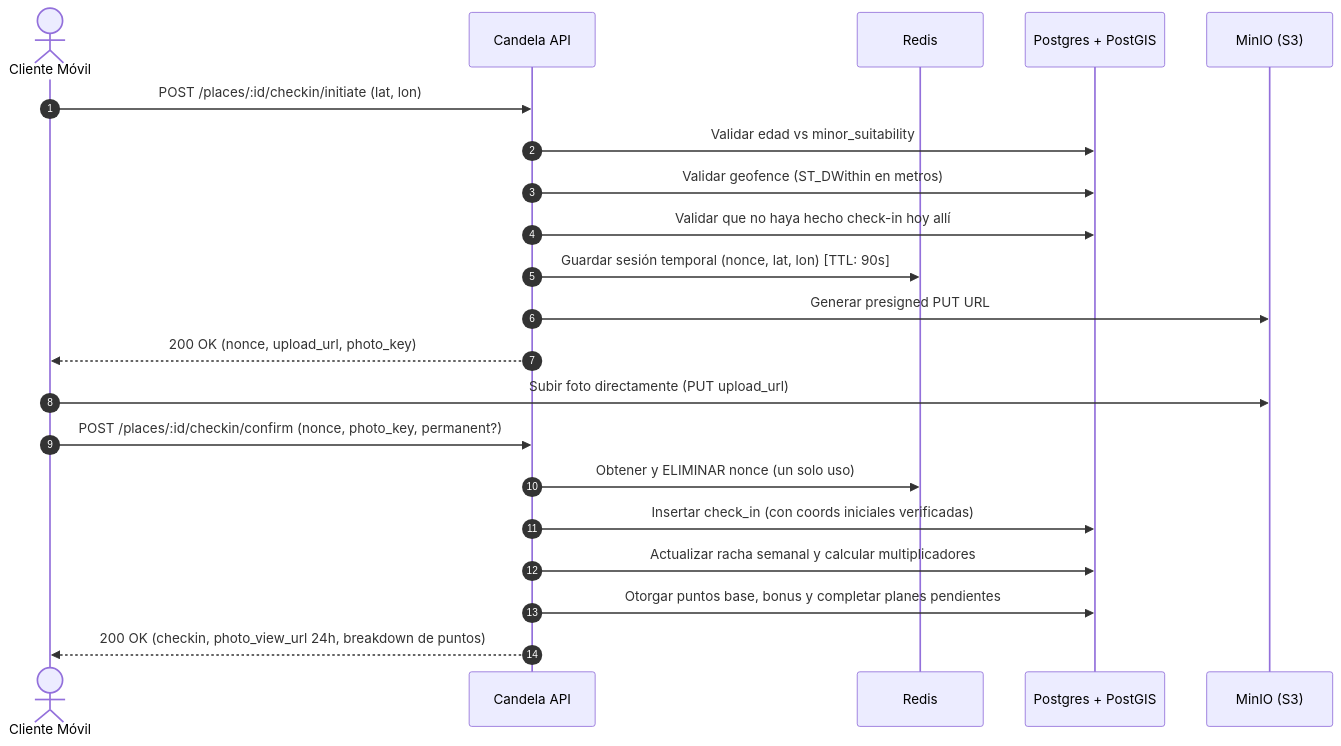
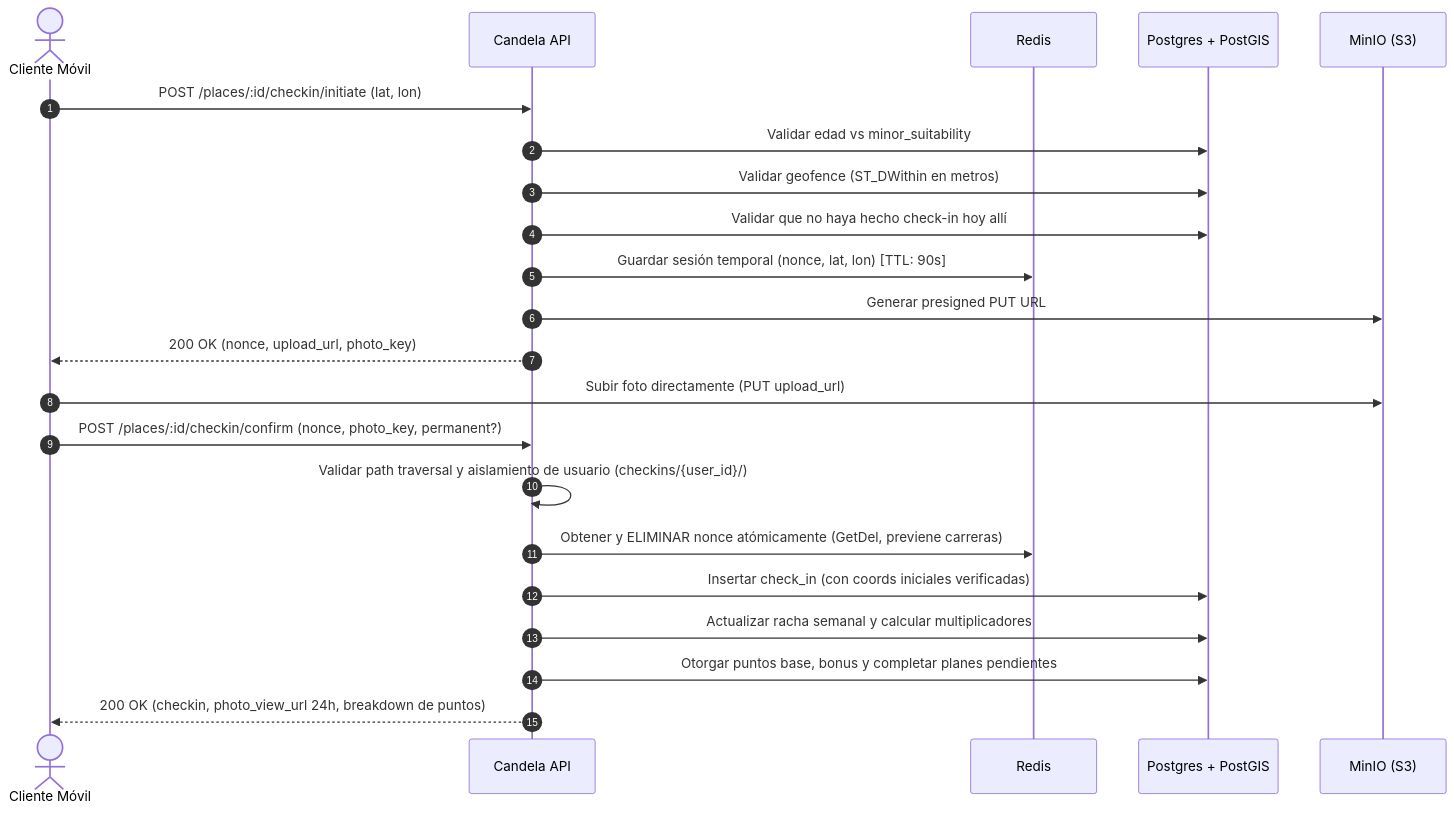
The second of 2 diagrams in README.md (CubicMaldo/candela-api), drawn with Mermaid before and after one commit. The commit also changed other lines of this file, not shown here.

````diff
--- a/README.md
+++ b/README.md
@@ -124,26 +136,27 @@
 ```mermaid
 sequenceDiagram
     autonumber
     actor C as Cliente Móvil
     participant A as Candela API
     participant R as Redis
     participant DB as Postgres + PostGIS
     participant S3 as MinIO (S3)
 
     C->>A: POST /places/:id/checkin/initiate (lat, lon)
     A->>DB: Validar edad vs minor_suitability
     A->>DB: Validar geofence (ST_DWithin en metros)
     A->>DB: Validar que no haya hecho check-in hoy allí
     A->>R: Guardar sesión temporal (nonce, lat, lon) [TTL: 90s]
     A->>S3: Generar presigned PUT URL
     A-->>C: 200 OK (nonce, upload_url, photo_key)
 
     C->>S3: Subir foto directamente (PUT upload_url)
 
     C->>A: POST /places/:id/checkin/confirm (nonce, photo_key, permanent?)
-    A->>R: Obtener y ELIMINAR nonce (un solo uso)
+    A->>A: Validar path traversal y aislamiento de usuario (checkins/{user_id}/)
+    A->>R: Obtener y ELIMINAR nonce atómicamente (GetDel, previene carreras)
     A->>DB: Insertar check_in (con coords iniciales verificadas)
     A->>DB: Actualizar racha semanal y calcular multiplicadores
     A->>DB: Otorgar puntos base, bonus y completar planes pendientes
     A-->>C: 200 OK (checkin, photo_view_url 24h, breakdown de puntos)
 ```
````
